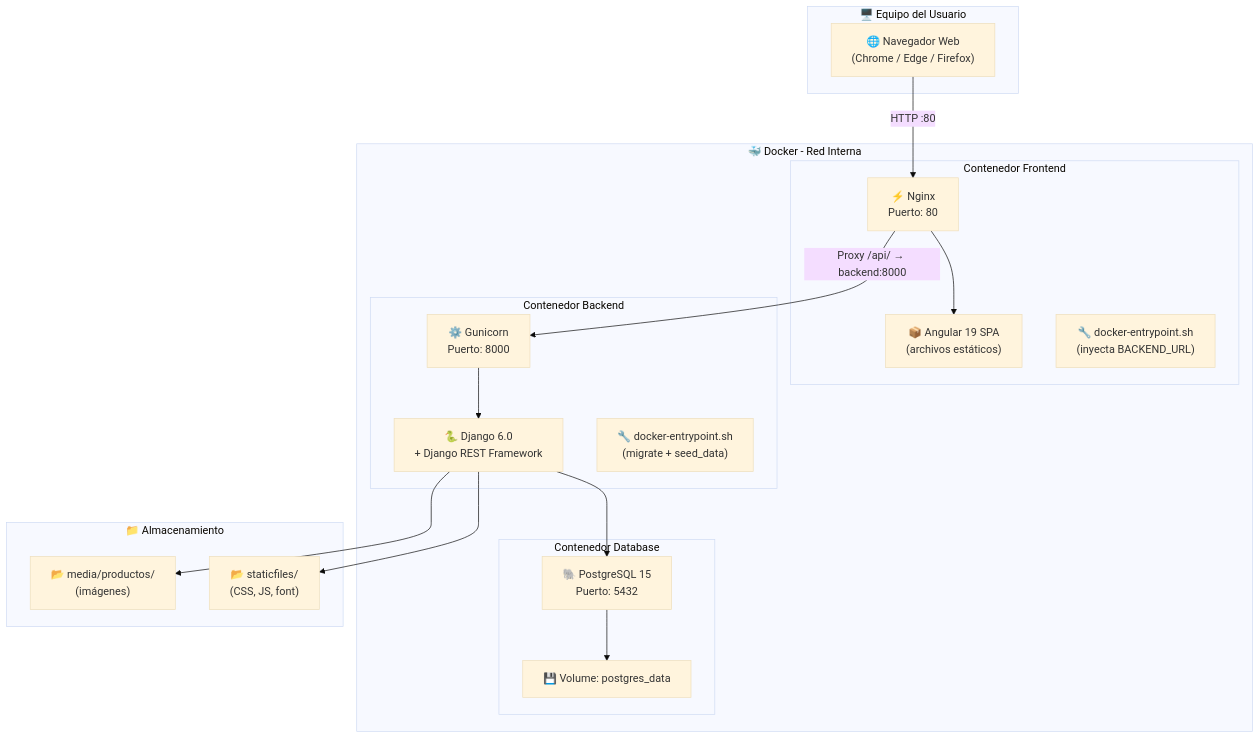
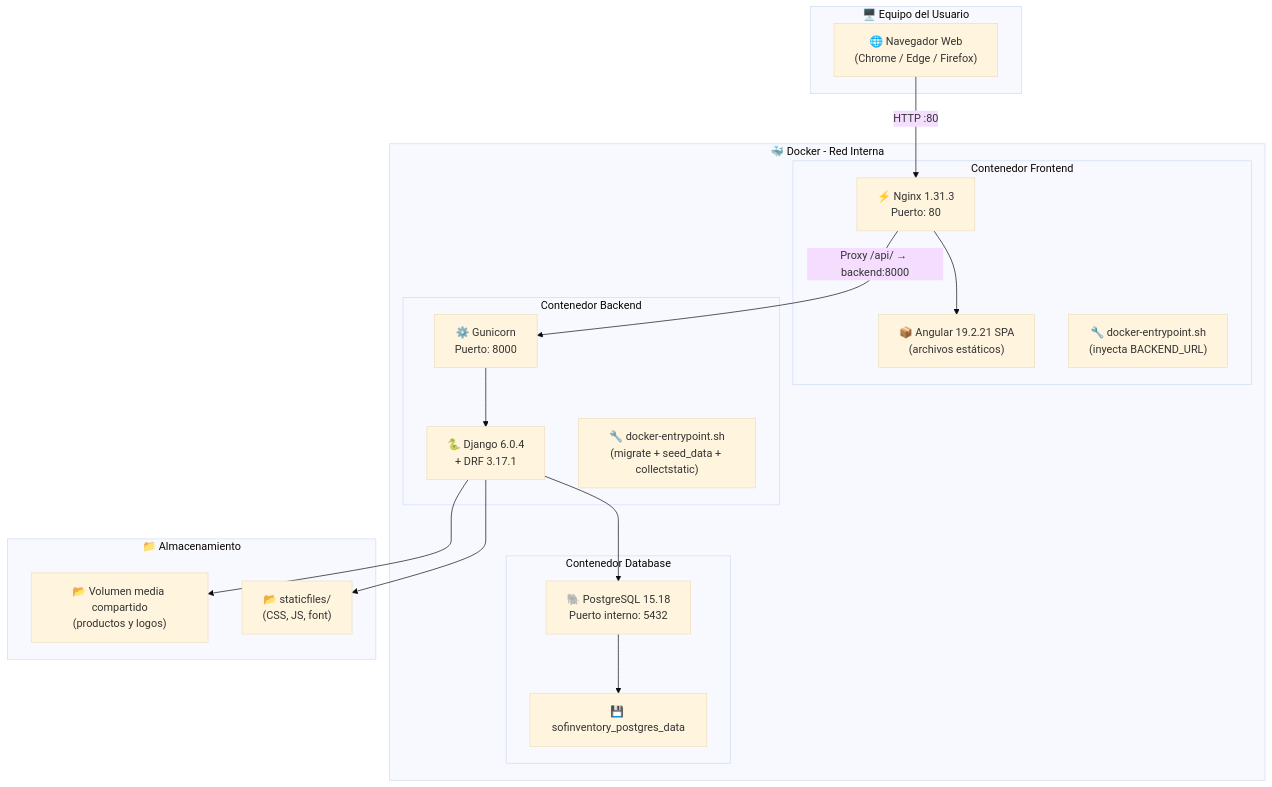
Before and after one commit to AlejandroSepulvedaDuarte/SofInventory: the second of 7 diagrams in docs/MANUAL_TECNICO.md, drawn with Mermaid (base theme). The commit also changed other lines of this file and 76 other files, not shown here.

````diff
--- a/docs/MANUAL_TECNICO.md
+++ b/docs/MANUAL_TECNICO.md
@@ -981,39 +1165,39 @@
 ```mermaid
 graph TB
     subgraph "🖥️ Equipo del Usuario"
         Browser["🌐 Navegador Web<br/>(Chrome / Edge / Firefox)"]
     end
 
     subgraph "🐳 Docker - Red Interna"
         subgraph "Contenedor Frontend"
-            Nginx["⚡ Nginx<br/>Puerto: 80"]
-            AngularApp["📦 Angular 19 SPA<br/>(archivos estáticos)"]
+            Nginx["⚡ Nginx 1.31.3<br/>Puerto: 80"]
+            AngularApp["📦 Angular 19.2.21 SPA<br/>(archivos estáticos)"]
             EntryFE["🔧 docker-entrypoint.sh<br/>(inyecta BACKEND_URL)"]
         end
 
         subgraph "Contenedor Backend"
             Gunicorn["⚙️ Gunicorn<br/>Puerto: 8000"]
-            DjangoApp["🐍 Django 6.0<br/>+ Django REST Framework"]
-            EntryBE["🔧 docker-entrypoint.sh<br/>(migrate + seed_data)"]
+            DjangoApp["🐍 Django 6.0.4<br/>+ DRF 3.17.1"]
+            EntryBE["🔧 docker-entrypoint.sh<br/>(migrate + seed_data + collectstatic)"]
         end
 
         subgraph "Contenedor Database"
-            PostgreSQL["🐘 PostgreSQL 15<br/>Puerto: 5432"]
-            Volume["💾 Volume: postgres_data"]
+            PostgreSQL["🐘 PostgreSQL 15.18<br/>Puerto interno: 5432"]
+            Volume["💾 sofinventory_postgres_data"]
         end
     end
 
     subgraph "📁 Almacenamiento"
-        MediaFiles["📂 media/productos/<br/>(imágenes)"]
+        MediaFiles["📂 Volumen media compartido<br/>(productos y logos)"]
         StaticFiles["📂 staticfiles/<br/>(CSS, JS, font)"]
     end
 
     Browser -->|"HTTP :80"| Nginx
     Nginx --> AngularApp
     Nginx -->|"Proxy /api/ → backend:8000"| Gunicorn
     Gunicorn --> DjangoApp
     DjangoApp --> PostgreSQL
     PostgreSQL --> Volume
     DjangoApp --> MediaFiles
     DjangoApp --> StaticFiles
 ```
````
